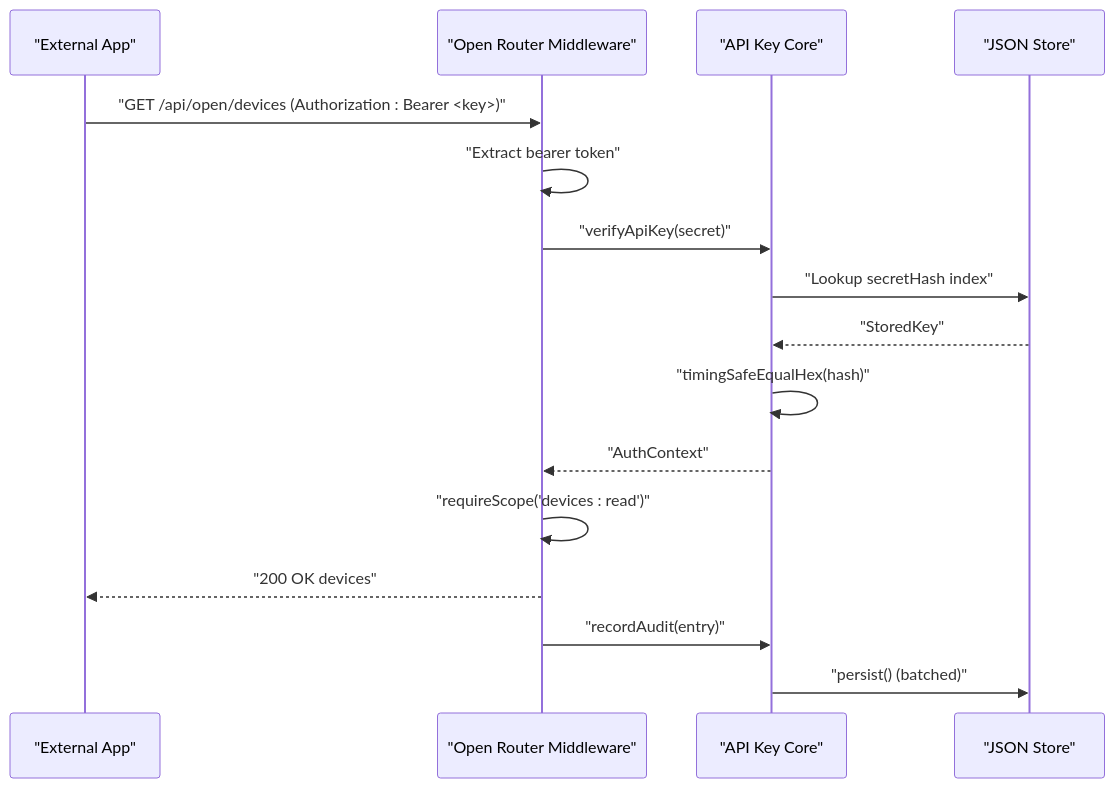
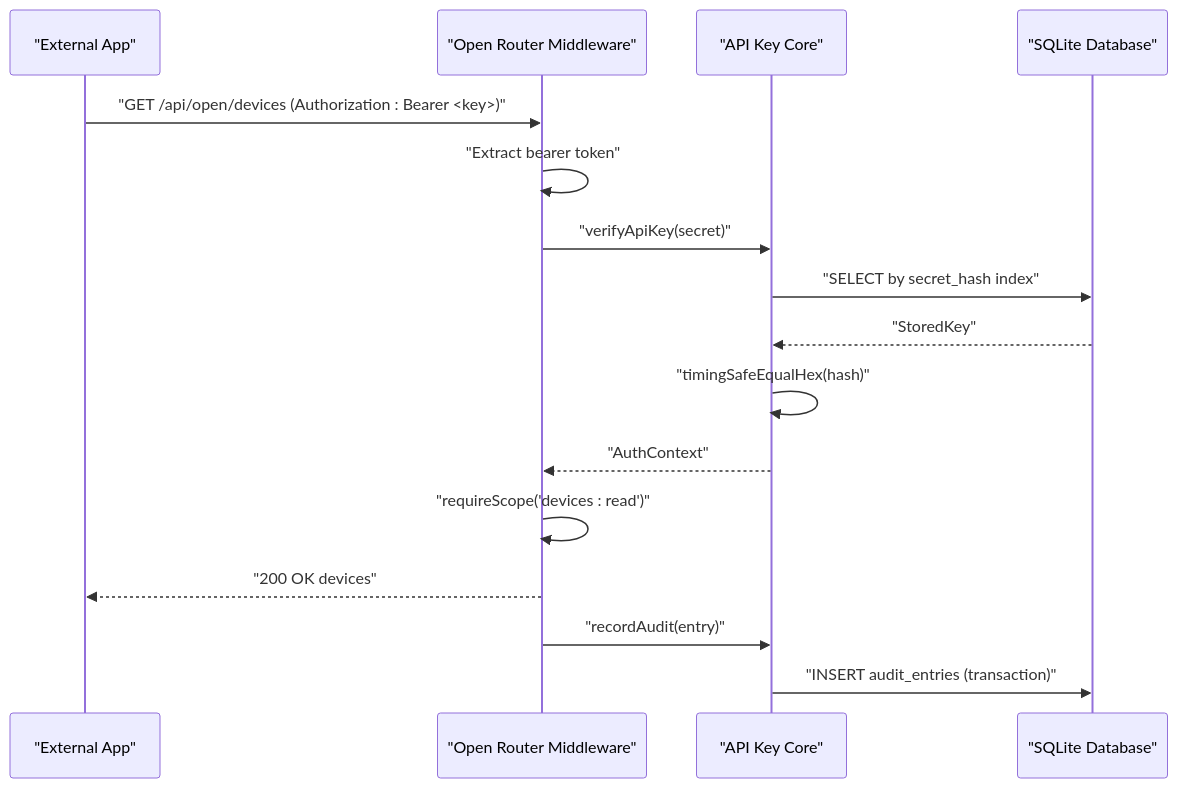
The second of 10 diagrams in .qoder/repowiki/en/content/Security & Authentication/API Key Management.md (dlutwuwei/mihome-web), drawn with Mermaid before and after one commit. The commit also changed other lines of this file and 84 other files, not shown here.

````diff
--- a/.qoder/repowiki/en/content/Security & Authentication/API Key Management.md
+++ b/.qoder/repowiki/en/content/Security & Authentication/API Key Management.md
@@ -84,18 +99,18 @@
 ```mermaid
 sequenceDiagram
 participant Client as "External App"
 participant Open as "Open Router Middleware"
 participant Core as "API Key Core"
-participant Store as "JSON Store"
+participant DB as "SQLite Database"
 Client->>Open : "GET /api/open/devices (Authorization : Bearer <key>)"
 Open->>Open : "Extract bearer token"
 Open->>Core : "verifyApiKey(secret)"
-Core->>Store : "Lookup secretHash index"
-Store-->>Core : "StoredKey"
+Core->>DB : "SELECT by secret_hash index"
+DB-->>Core : "StoredKey"
 Core->>Core : "timingSafeEqualHex(hash)"
 Core-->>Open : "AuthContext"
 Open->>Open : "requireScope('devices : read')"
 Open-->>Client : "200 OK devices"
 Open->>Core : "recordAudit(entry)"
-Core->>Store : "persist() (batched)"
+Core->>DB : "INSERT audit_entries (transaction)"
 ```
````
